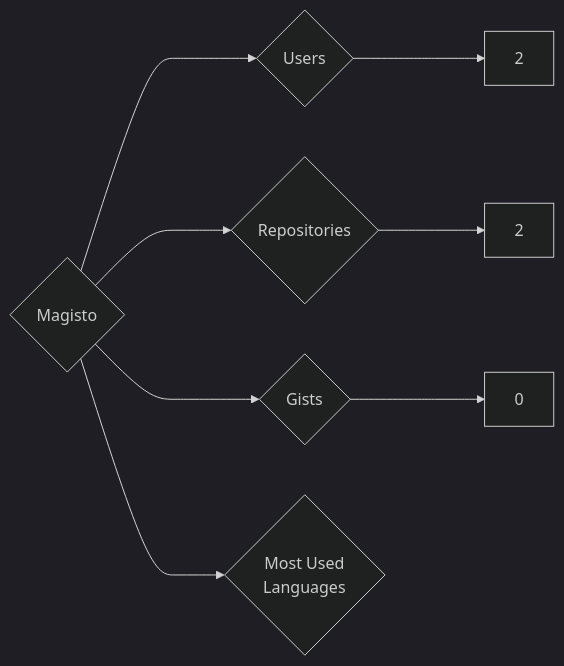
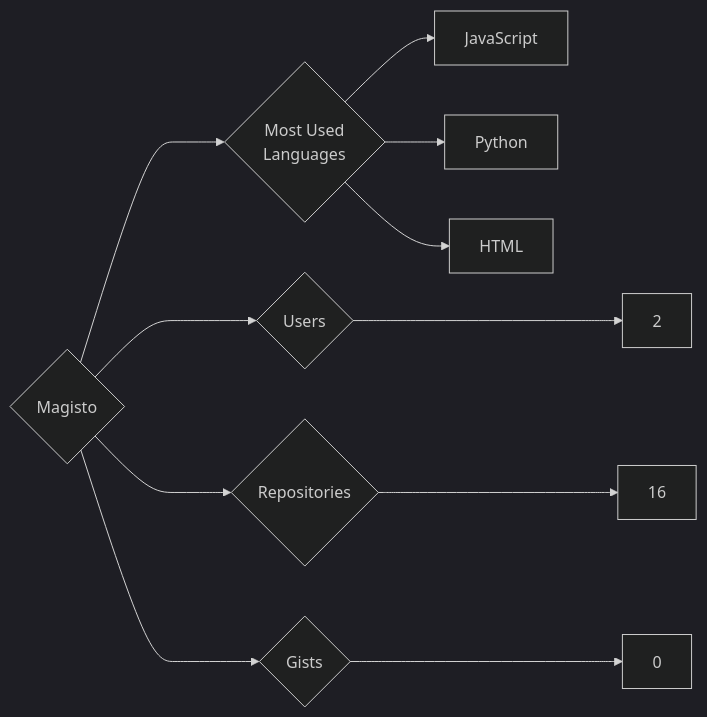
One commit to trickest/insiders changed the diagram in targets/Magisto/README.md. Above: the diagram before and after it, drawn with Mermaid (dark theme). The commit also changed 757 other files, not shown here.

````diff
--- a/targets/Magisto/README.md
+++ b/targets/Magisto/README.md
@@ -3,8 +3,11 @@
 ```mermaid
 graph LR
 COMPANY_NAME{Magisto}
 COMPANY_NAME ---> U{Users} ---> UN[2]
-COMPANY_NAME ---> R{Repositories} ---> RN[2]
+COMPANY_NAME ---> R{Repositories} ---> RN[16]
 COMPANY_NAME ---> G{Gists} ---> GN[0]
 COMPANY_NAME ---> ML{Most Used<br>Languages}
+ML --> JavaScript[JavaScript]
+ML --> Python[Python]
+ML --> HTML[HTML]
 ```
````
